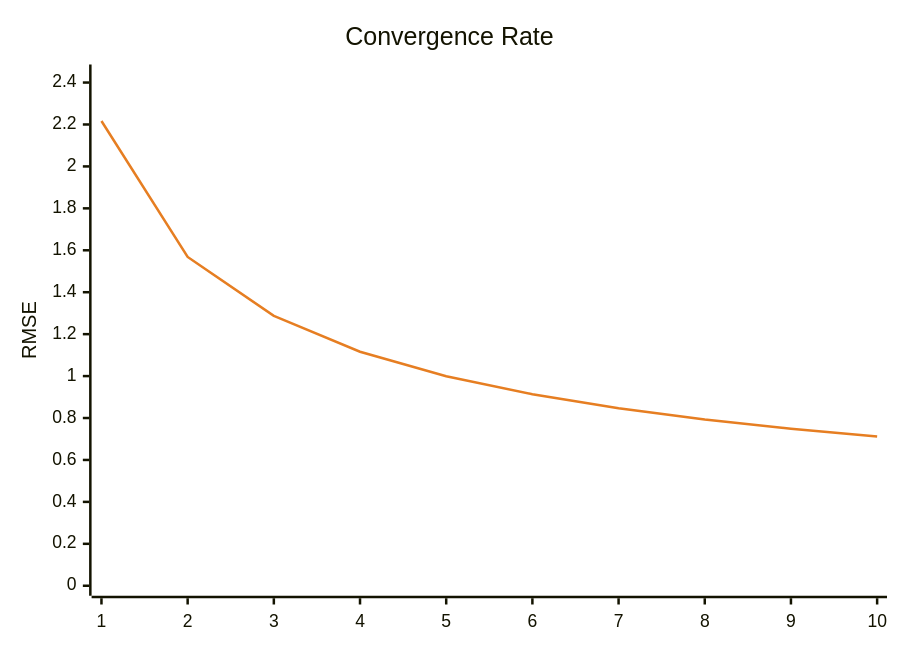
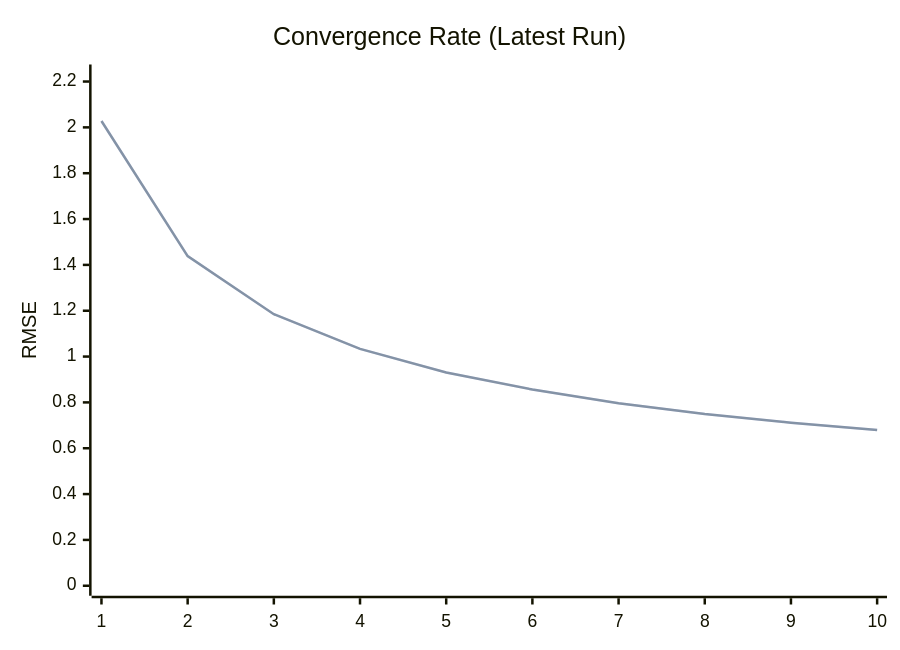
One commit to timo-eberl/tracy changed the second of 2 diagrams in README.md. Above: the diagram before and after it, drawn with Mermaid. The commit also changed other lines of this file and 6 other files, not shown here.

````diff
--- a/README.md
+++ b/README.md
@@ -25,14 +59,9 @@
 ```mermaid
----
-config:
-    theme: base
-    themeVariables:
-        xyChart:
-            plotColorPalette: "#e67e22"
----
 xychart-beta
-    title "Convergence Rate"
+    title "Convergence Rate (Latest Run)"
     x-axis ["1", "2", "3", "4", "5", "6", "7", "8", "9", "10"]
-    y-axis "RMSE" 0 --> 2.4384
-    line [2.2167, 1.5682, 1.2874, 1.1163, 0.9994, 0.9133, 0.8461, 0.7929, 0.7493, 0.7121]
+    y-axis "RMSE" 0 --> 2.2307
+    line [2.0279, 1.4381, 1.185, 1.0336, 0.9306, 0.8561, 0.7964, 0.7495, 0.7116, 0.6796]
+    line [2.0279, 1.4381, 1.185, 1.0336, 0.9306, 0.8561, 0.7964, 0.7495, 0.7116, 0.6796]
+
 ```
````
